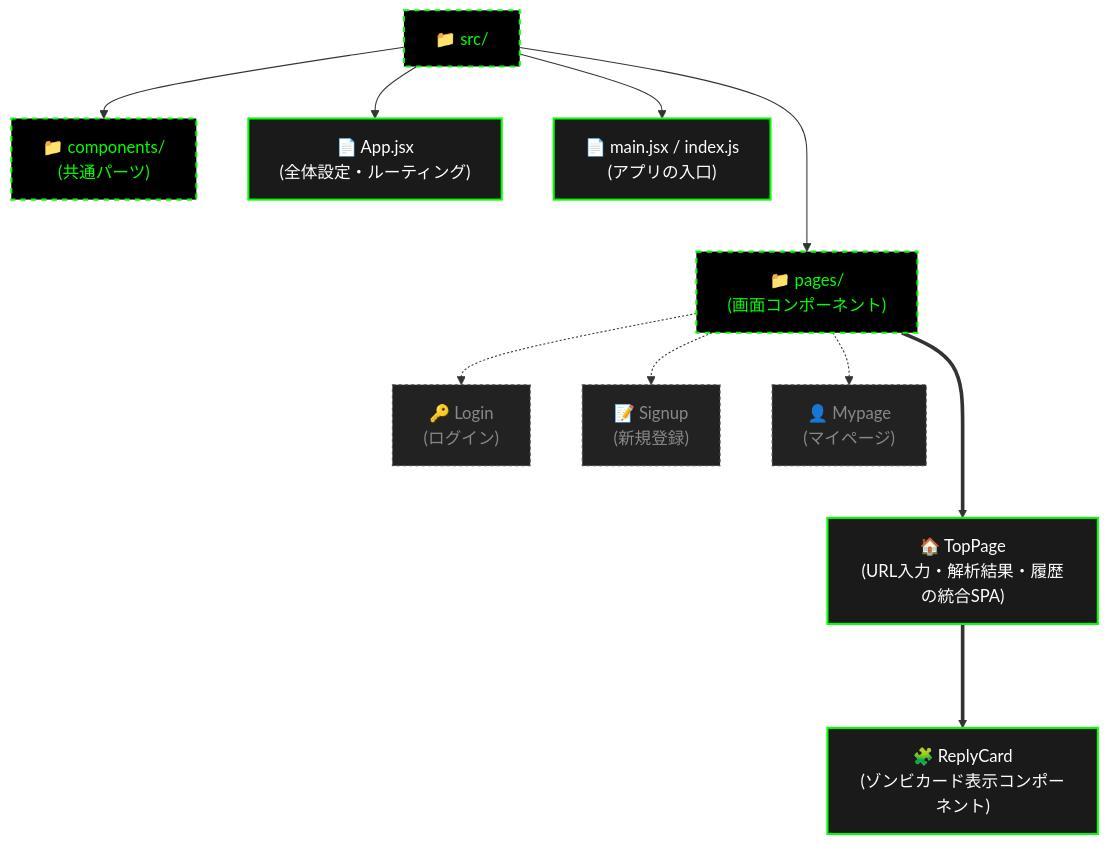
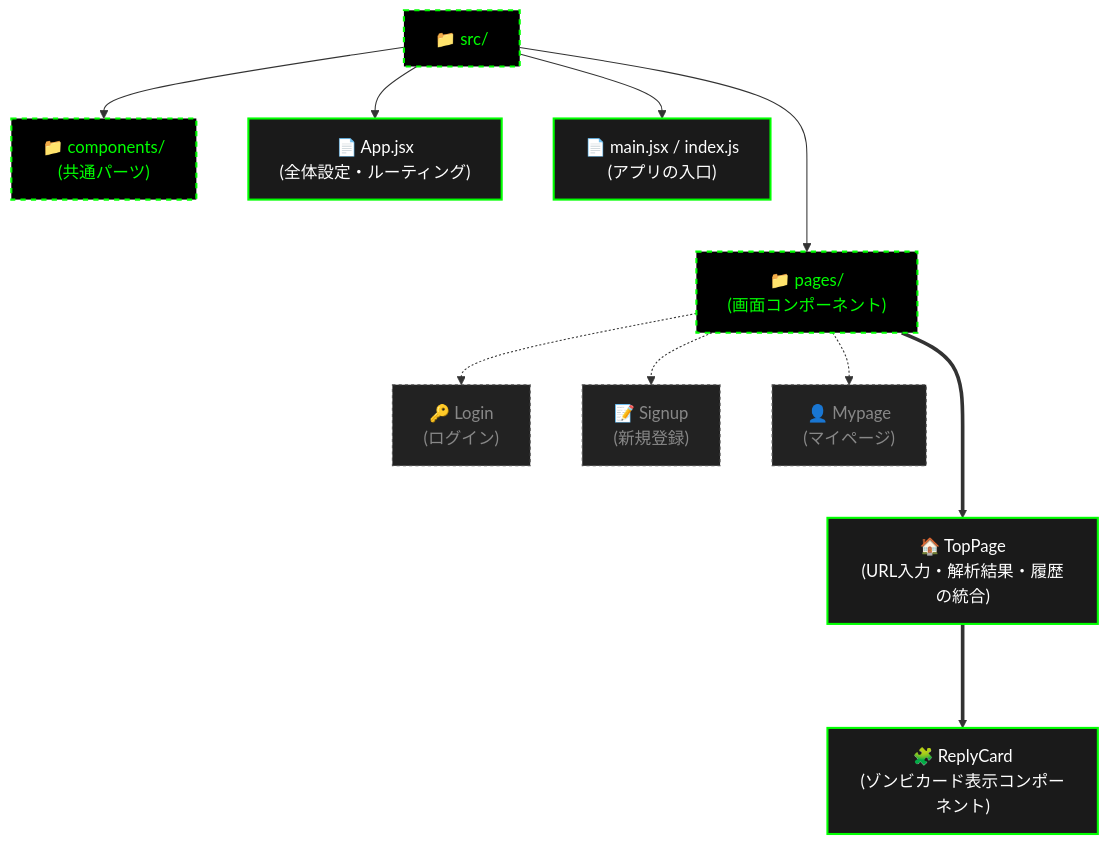
The diagram in docs/project-structure.md (d-shiba-inu/impression_zombie_cleaner), drawn with Mermaid before and after one commit. The commit also changed 2 other files, not shown here.

Commit message:
微調整

````diff
--- a/docs/project-structure.md
+++ b/docs/project-structure.md
@@ -5,32 +5,32 @@
 ```mermaid
 flowchart TD
     %% ノード定義
     Root["📁 src/"]
     Pages["📁 pages/<br>(画面コンポーネント)"]
     Comp["📁 components/<br>(共通パーツ)"]
     App["📄 App.jsx<br>(全体設定・ルーティング)"]
     Index["📄 main.jsx / index.js<br>(アプリの入口)"]
 
     Root --> Index
     Root --> App
     Root --> Comp
     Root ---> Pages
 
     %% Pagesから各ページへの派生
-    Pages ===> Top["🏠 TopPage<br>(URL入力・解析結果・履歴の統合SPA)"]
+    Pages ===> Top["🏠 TopPage<br>(URL入力・解析結果・履歴の統合)"]
     Pages -.-> Login["🔑 Login<br>(ログイン)"]
     Pages -.-> Signup["📝 Signup<br>(新規登録)"]
     Pages -.-> Mypage["👤 Mypage<br>(マイページ)"]
 
     %% TopPageの配下
     Top ===> ReplyCard["🧩 ReplyCard<br>(ゾンビカード表示コンポーネント)"]
 
     %% サイバーパンク風スタイリング
     classDef default fill:#1a1a1a,stroke:#00ff00,stroke-width:2px,color:#fff;
     classDef folder fill:#000000,stroke:#00ff00,stroke-width:2px,color:#00ff00,stroke-dasharray: 5 5;
     classDef sub fill:#222222,stroke:#555555,stroke-width:1px,color:#888888,stroke-dasharray: 3 3;
     
     class Root,Pages,Comp folder;
     class App,Index,Top,ReplyCard default;
     class Login,Signup,Mypage,Report,About sub;
 ```
````
